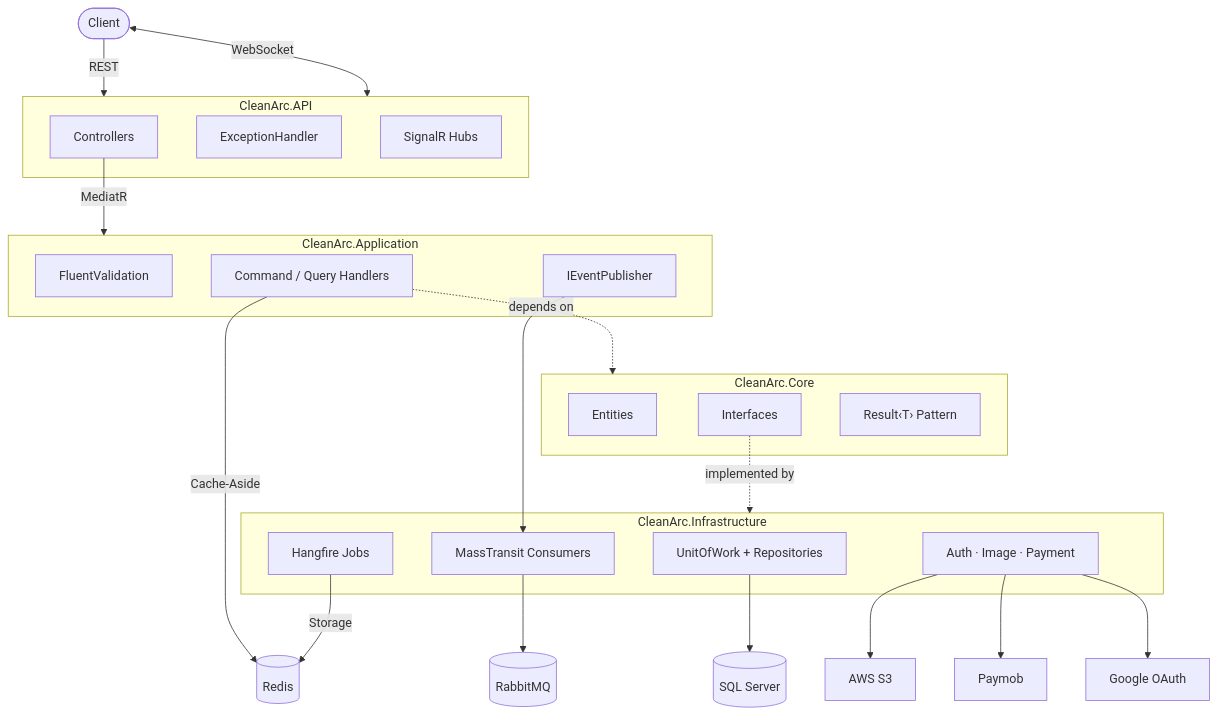
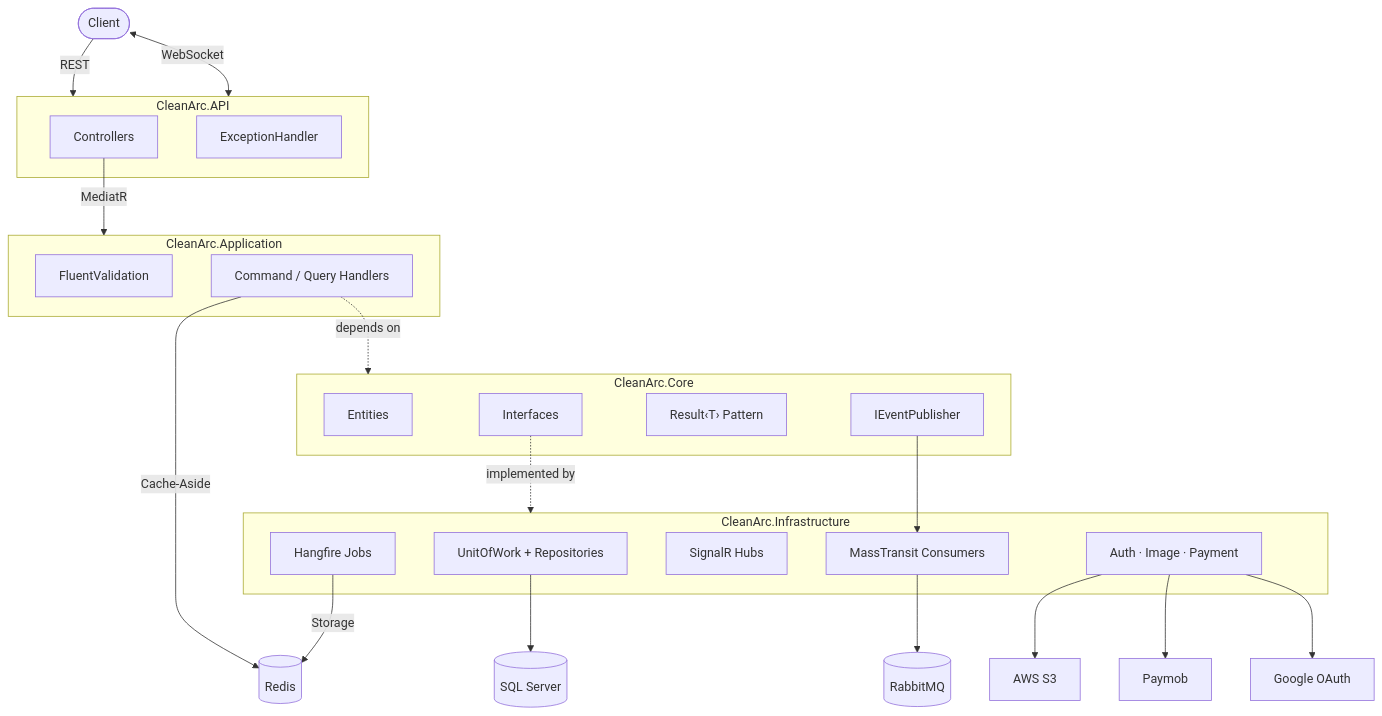
The diagram in README.md (Ahmedhossam447/Clean-Arc), drawn with Mermaid before and after one commit. The commit also changed other lines of this file, not shown here.

````diff
--- a/README.md
+++ b/README.md
@@ -20,47 +20,47 @@
 ```mermaid
 graph TD
     Client([Client])
 
     Client -->|REST| API
     Client <-->|WebSocket| API
 
     subgraph API[CleanArc.API]
         Controllers
         ExceptionHandler
-        SignalR[SignalR Hubs]
     end
 
     Controllers -->|MediatR| Application
 
     subgraph Application[CleanArc.Application]
         Validation[FluentValidation]
         Handlers[Command / Query Handlers]
-        EventPub[IEventPublisher]
     end
 
     Handlers -.->|depends on| Core
 
     subgraph Core[CleanArc.Core]
         Entities
         Interfaces
         ResultPattern["Result‹T› Pattern"]
+        EventPub[IEventPublisher]
     end
 
     Interfaces -.->|implemented by| Infrastructure
 
     subgraph Infrastructure[CleanArc.Infrastructure]
         Repositories[UnitOfWork + Repositories]
         Services[Auth · Image · Payment]
+        SignalR[SignalR Hubs]
         MassTransit[MassTransit Consumers]
         Hangfire[Hangfire Jobs]
     end
 
     Repositories --> DB[(SQL Server)]
     Services --> S3[AWS S3]
     Services --> Paymob
     Services --> Google[Google OAuth]
     Handlers -->|Cache-Aside| Redis[(Redis)]
     Hangfire -->|Storage| Redis
     EventPub --> MassTransit
     MassTransit --> RabbitMQ[(RabbitMQ)]
 ```
````
